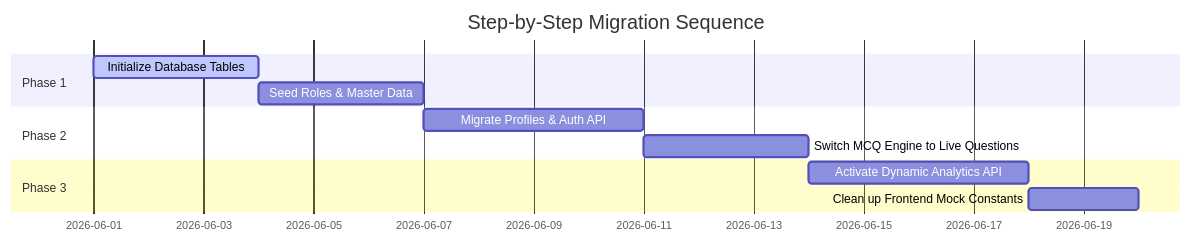
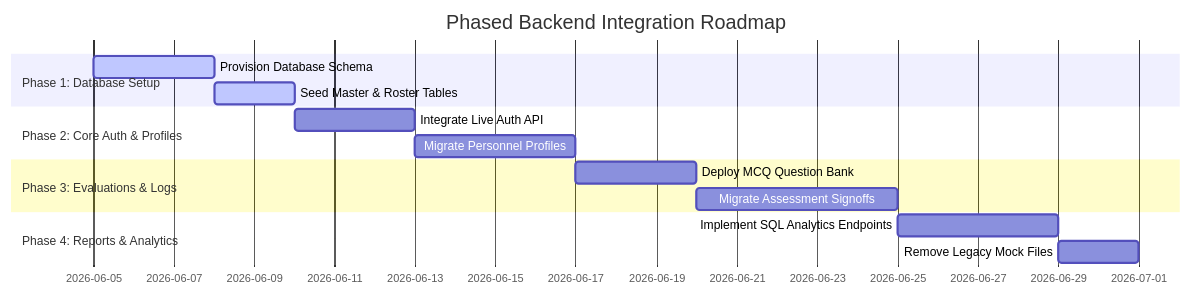
The diagram in RailwayWeb/mock_data_audit_report.md (atharvbhavsar/Indian_Railway_-1-), drawn with Mermaid before and after one commit. The commit also changed other lines of this file and 81 other files, not shown here.

Commit message:
feat: implement dual-box toggle assessments for TI and SS roles in AOM console, fix JSX template literal expression formatting, and project cleanups

````diff
--- a/RailwayWeb/mock_data_audit_report.md
+++ b/RailwayWeb/mock_data_audit_report.md
@@ -178,14 +459,17 @@
 ```mermaid
 gantt
-    title Step-by-Step Migration Sequence
+    title Phased Backend Integration Roadmap
     dateFormat  YYYY-MM-DD
-    section Phase 1
-    Initialize Database Tables          :active, 2026-06-01, 3d
-    Seed Roles & Master Data            : 3d
-    section Phase 2
-    Migrate Profiles & Auth API         : 4d
-    Switch MCQ Engine to Live Questions : 3d
-    section Phase 3
-    Activate Dynamic Analytics API      : 4d
-    Clean up Frontend Mock Constants    : 2d
+    section Phase 1: Database Setup
+    Provision Database Schema           :active, des1, 2026-06-05, 3d
+    Seed Master & Roster Tables         :active, des2, after des1, 2d
+    section Phase 2: Core Auth & Profiles
+    Integrate Live Auth API             :des3, after des2, 3d
+    Migrate Personnel Profiles          :des4, after des3, 4d
+    section Phase 3: Evaluations & Logs
+    Deploy MCQ Question Bank            :des5, after des4, 3d
+    Migrate Assessment Signoffs         :des6, after des5, 5d
+    section Phase 4: Reports & Analytics
+    Implement SQL Analytics Endpoints   :des7, after des6, 4d
+    Remove Legacy Mock Files            :des8, after des7, 2d
 ```
````
